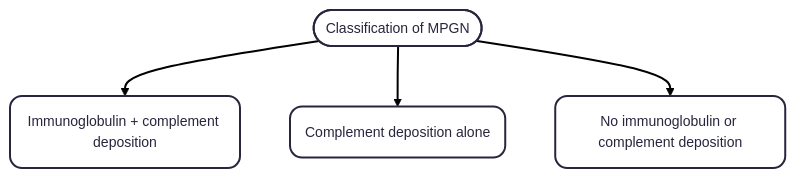
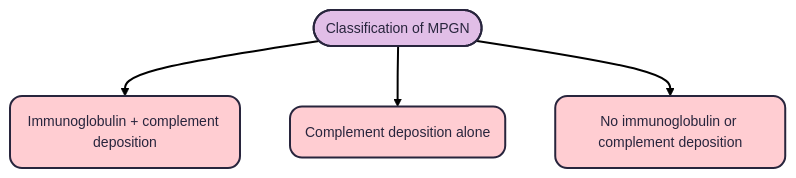
Before and after one commit to TTUNEPH2025/GN: the first of 5 diagrams in docs/MPGN-C3GN.md, drawn with Mermaid.

````diff
--- a/docs/MPGN-C3GN.md
+++ b/docs/MPGN-C3GN.md
@@ -53,12 +53,16 @@
 ```mermaid
 ---
 config:
   theme: redux
 ---
 flowchart TB
     n1(["Classification of MPGN"]) --> n2["Immunoglobulin + complement deposition"] & n3["Complement deposition alone"] & n4["No immunoglobulin or complement deposition"]
 
     n2@{ shape: rounded}
     n3@{ shape: rounded}
     n4@{ shape: rounded}
+    style n1 fill:#E1BEE7
+    style n2 fill:#FFCDD2
+    style n3 fill:#FFCDD2
+    style n4 fill:#FFCDD2
 ```
````
